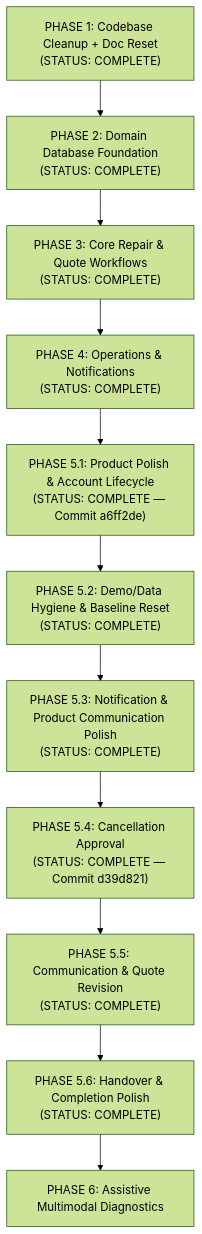
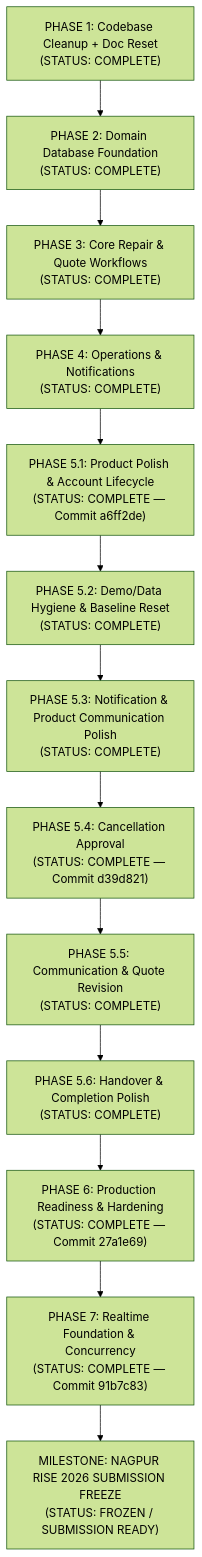
One commit to ankitchamke/TerraByte changed the diagram in IMPLEMENTATION_PLAN.md. Above: the diagram before and after it, drawn with Mermaid (forest theme). The commit also changed other lines of this file and 18 other files, not shown here.

Commit message:
feat: complete submission readiness, realtime polish, and homepage visual

````diff
--- a/IMPLEMENTATION_PLAN.md
+++ b/IMPLEMENTATION_PLAN.md
@@ -15,13 +15,15 @@
 ```mermaid
 flowchart TD
     P1["PHASE 1: Codebase Cleanup + Doc Reset<br/>(STATUS: COMPLETE)"] --> P2["PHASE 2: Domain Database Foundation<br/>(STATUS: COMPLETE)"]
     P2 --> P3["PHASE 3: Core Repair & Quote Workflows<br/>(STATUS: COMPLETE)"]
     P3 --> P4["PHASE 4: Operations & Notifications<br/>(STATUS: COMPLETE)"]
     P4 --> P51["PHASE 5.1: Product Polish & Account Lifecycle<br/>(STATUS: COMPLETE — Commit a6ff2de)"]
     P51 --> P52["PHASE 5.2: Demo/Data Hygiene & Baseline Reset<br/>(STATUS: COMPLETE)"]
     P52 --> P53["PHASE 5.3: Notification & Product Communication Polish<br/>(STATUS: COMPLETE)"]
     P53 --> P54["PHASE 5.4: Cancellation Approval<br/>(STATUS: COMPLETE — Commit d39d821)"]
     P54 --> P55["PHASE 5.5: Communication & Quote Revision<br/>(STATUS: COMPLETE)"]
     P55 --> P56["PHASE 5.6: Handover & Completion Polish<br/>(STATUS: COMPLETE)"]
-    P56 --> P6["PHASE 6: Assistive Multimodal Diagnostics"]
+    P56 --> P6["PHASE 6: Production Readiness & Hardening<br/>(STATUS: COMPLETE — Commit 27a1e69)"]
+    P6 --> P7["PHASE 7: Realtime Foundation & Concurrency<br/>(STATUS: COMPLETE — Commit 91b7c83)"]
+    P7 --> FREEZE["MILESTONE: NAGPUR RISE 2026 SUBMISSION FREEZE<br/>(STATUS: FROZEN / SUBMISSION READY)"]
 ```
````
